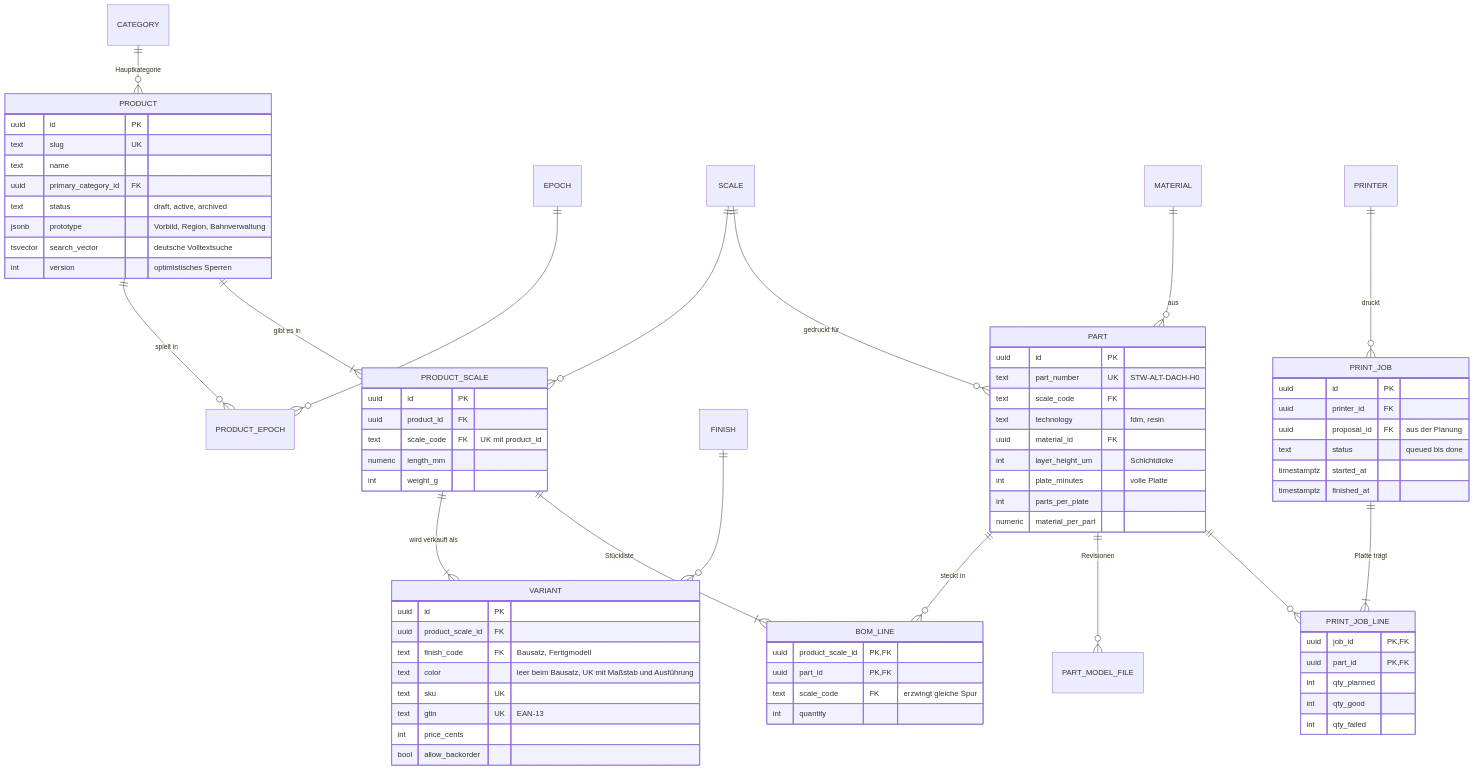
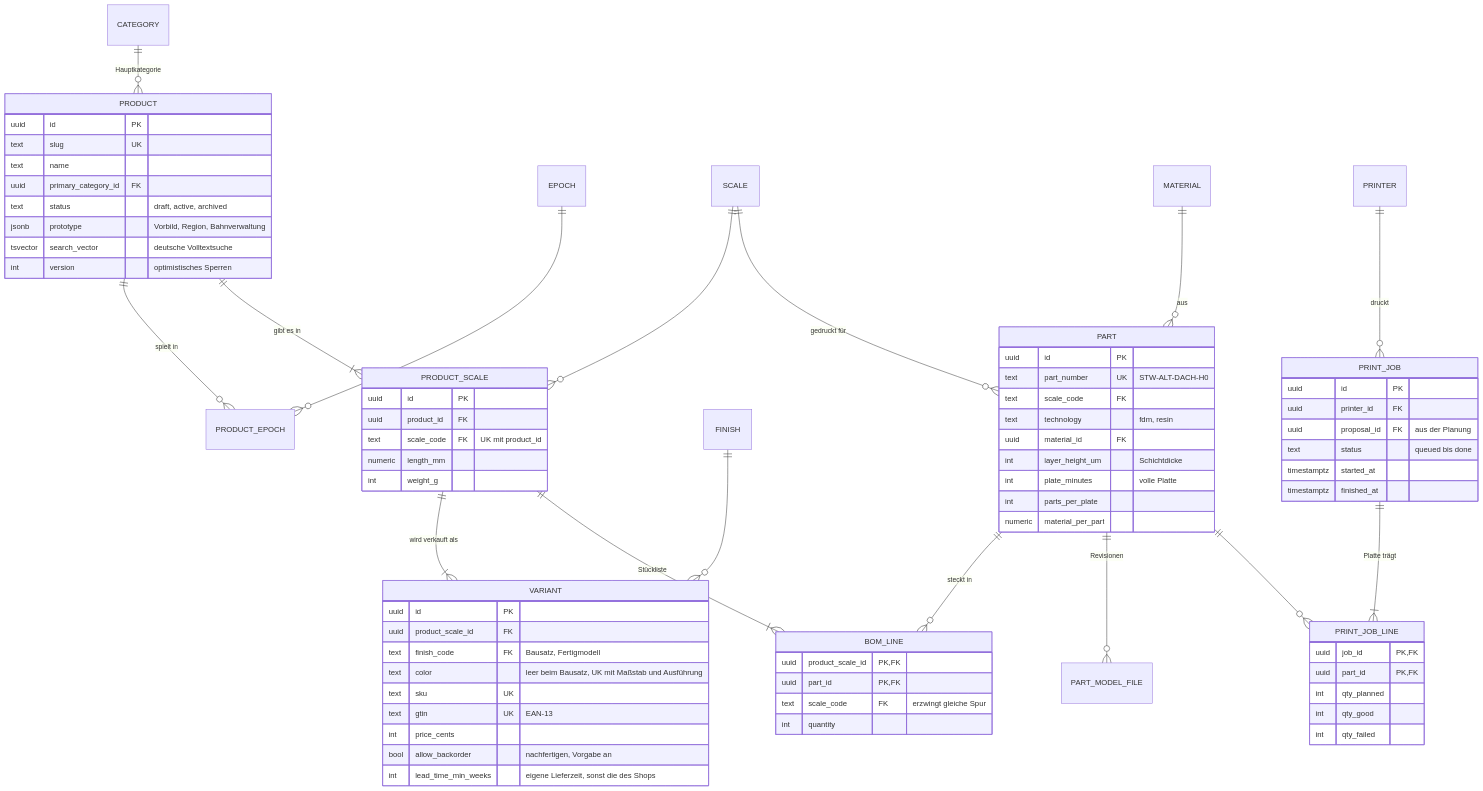
The third of 8 diagrams in docs/KONZEPT.md (nelebolsewig-droid/modellbahn-shop), drawn with Mermaid before and after one commit. The commit also changed other lines of this file and 5 other files, not shown here.

````diff
--- a/docs/KONZEPT.md
+++ b/docs/KONZEPT.md
@@ -414,78 +414,79 @@
 ```mermaid
 erDiagram
     CATEGORY ||--o{ PRODUCT : "Hauptkategorie"
     PRODUCT ||--o{ PRODUCT_EPOCH : "spielt in"
     EPOCH ||--o{ PRODUCT_EPOCH : ""
     PRODUCT ||--|{ PRODUCT_SCALE : "gibt es in"
     SCALE ||--o{ PRODUCT_SCALE : ""
     PRODUCT_SCALE ||--|{ VARIANT : "wird verkauft als"
     FINISH ||--o{ VARIANT : ""
     PRODUCT_SCALE ||--|{ BOM_LINE : "Stückliste"
     PART ||--o{ BOM_LINE : "steckt in"
     SCALE ||--o{ PART : "gedruckt für"
     MATERIAL ||--o{ PART : "aus"
     PART ||--o{ PART_MODEL_FILE : "Revisionen"
     PRINTER ||--o{ PRINT_JOB : "druckt"
     PRINT_JOB ||--|{ PRINT_JOB_LINE : "Platte trägt"
     PART ||--o{ PRINT_JOB_LINE : ""
 
     PRODUCT {
         uuid id PK
         text slug UK
         text name
         uuid primary_category_id FK
         text status "draft, active, archived"
         jsonb prototype "Vorbild, Region, Bahnverwaltung"
         tsvector search_vector "deutsche Volltextsuche"
         int version "optimistisches Sperren"
     }
     PRODUCT_SCALE {
         uuid id PK
         uuid product_id FK
         text scale_code FK "UK mit product_id"
         numeric length_mm
         int weight_g
     }
     VARIANT {
         uuid id PK
         uuid product_scale_id FK
         text finish_code FK "Bausatz, Fertigmodell"
         text color "leer beim Bausatz, UK mit Maßstab und Ausführung"
         text sku UK
         text gtin UK "EAN-13"
         int price_cents
-        bool allow_backorder
+        bool allow_backorder "nachfertigen, Vorgabe an"
+        int lead_time_min_weeks "eigene Lieferzeit, sonst die des Shops"
     }
     PART {
         uuid id PK
         text part_number UK "STW-ALT-DACH-H0"
         text scale_code FK
         text technology "fdm, resin"
         uuid material_id FK
         int layer_height_um "Schichtdicke"
         int plate_minutes "volle Platte"
         int parts_per_plate
         numeric material_per_part
     }
     BOM_LINE {
         uuid product_scale_id PK, FK
         uuid part_id PK, FK
         text scale_code FK "erzwingt gleiche Spur"
         int quantity
     }
     PRINT_JOB {
         uuid id PK
         uuid printer_id FK
         uuid proposal_id FK "aus der Planung"
         text status "queued bis done"
         timestamptz started_at
         timestamptz finished_at
     }
     PRINT_JOB_LINE {
         uuid job_id PK, FK
         uuid part_id PK, FK
         int qty_planned
         int qty_good
         int qty_failed
     }
 ```
````
